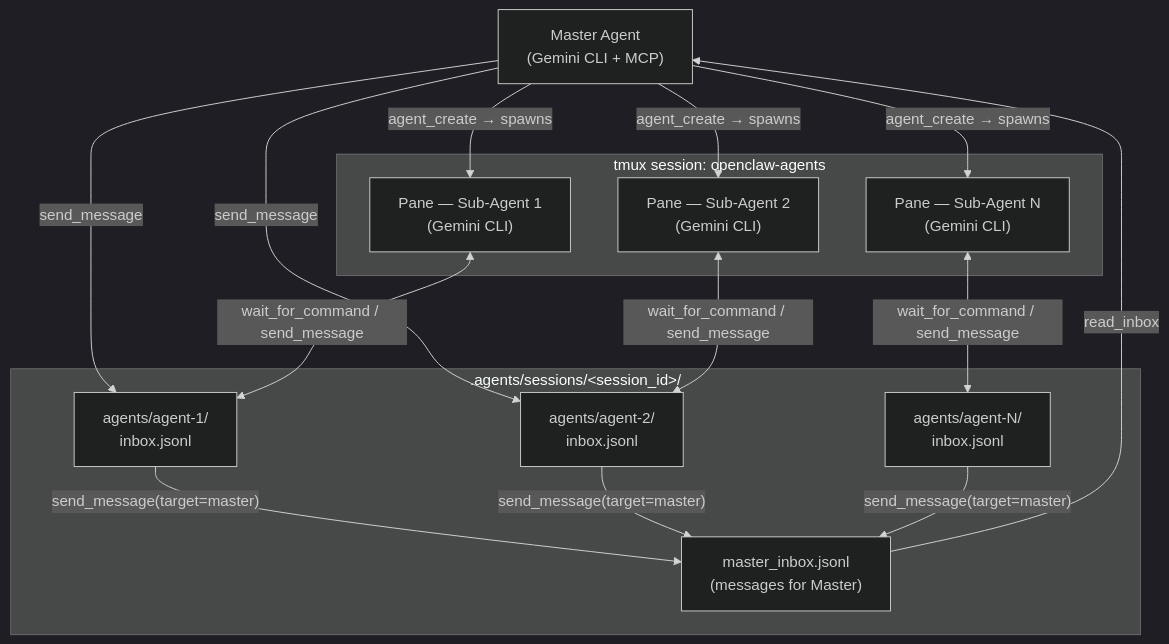
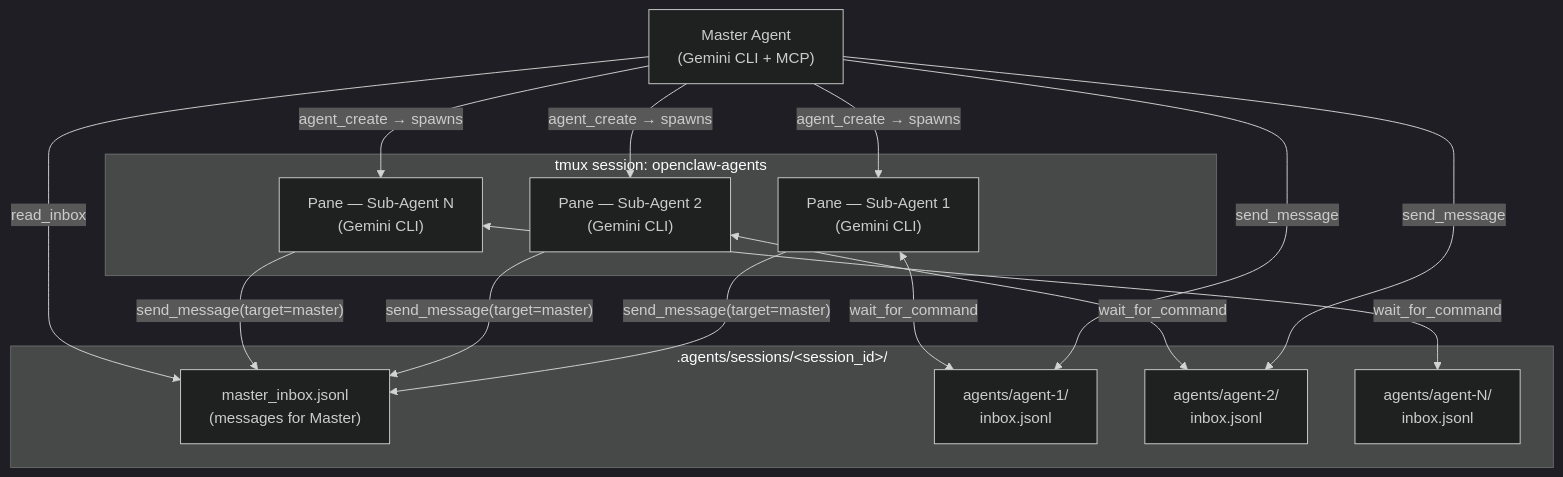
The second of 3 diagrams in README.md (kkweon/agent-orchestrator-mcp), drawn with Mermaid (dark theme) before and after one commit. The commit also changed other lines of this file, not shown here.

Commit message:
docs: fix Mermaid diagrams to show actors polling passive mailboxes

````diff
--- a/README.md
+++ b/README.md
@@ -48,34 +48,34 @@
 ```mermaid
 graph TD
     Master["Master Agent<br/>(Gemini CLI + MCP)"]
 
     subgraph Tmux["tmux session: openclaw-agents"]
         P1["Pane — Sub-Agent 1<br/>(Gemini CLI)"]
         P2["Pane — Sub-Agent 2<br/>(Gemini CLI)"]
         PN["Pane — Sub-Agent N<br/>(Gemini CLI)"]
     end
 
     subgraph FS[".agents/sessions/&lt;session_id&gt;/"]
         MI["master_inbox.jsonl<br/>(messages for Master)"]
         D1["agents/agent-1/<br/>inbox.jsonl"]
         D2["agents/agent-2/<br/>inbox.jsonl"]
         DN["agents/agent-N/<br/>inbox.jsonl"]
     end
 
     Master -->|"agent_create → spawns"| P1
     Master -->|"agent_create → spawns"| P2
     Master -->|"agent_create → spawns"| PN
 
     Master -->|"send_message"| D1
     Master -->|"send_message"| D2
 
-    P1 <-->|"wait_for_command / send_message"| D1
-    P2 <-->|"wait_for_command / send_message"| D2
-    PN <-->|"wait_for_command / send_message"| DN
+    P1 <-->|"wait_for_command"| D1
+    P2 <-->|"wait_for_command"| D2
+    PN <-->|"wait_for_command"| DN
 
-    D1 -->|"send_message(target=master)"| MI
-    D2 -->|"send_message(target=master)"| MI
-    DN -->|"send_message(target=master)"| MI
+    P1 -->|"send_message(target=master)"| MI
+    P2 -->|"send_message(target=master)"| MI
+    PN -->|"send_message(target=master)"| MI
 
-    MI -->|"read_inbox"| Master
+    Master -->|"read_inbox"| MI
 ```
````
